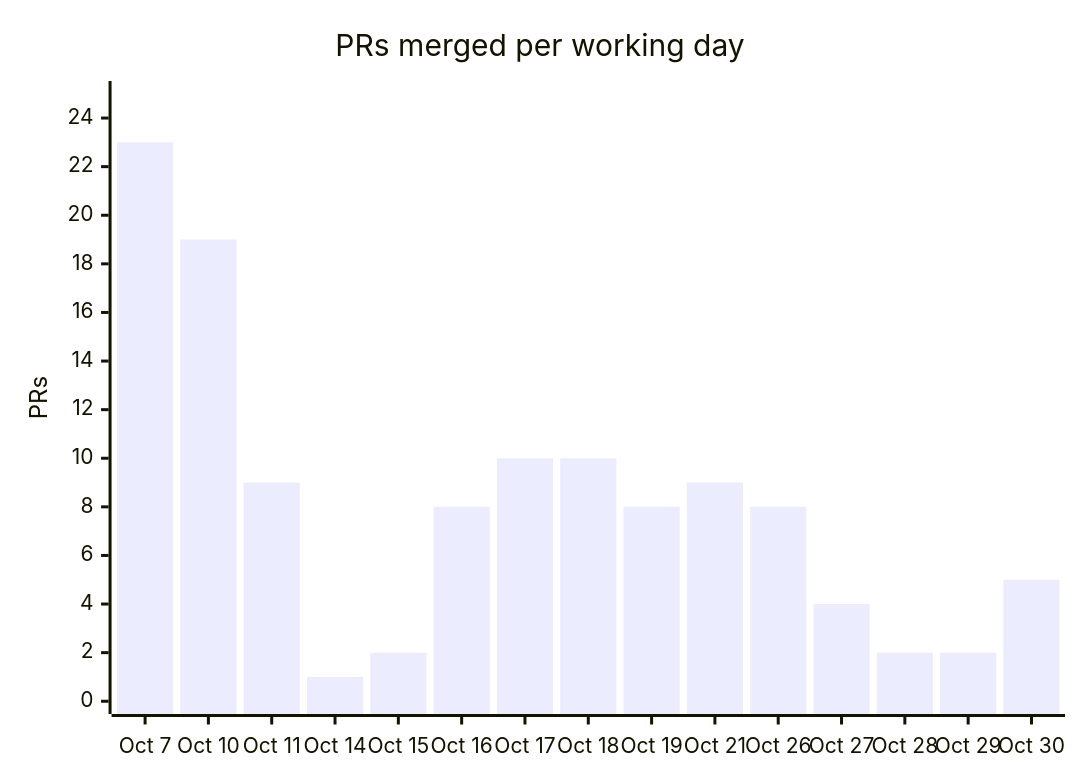
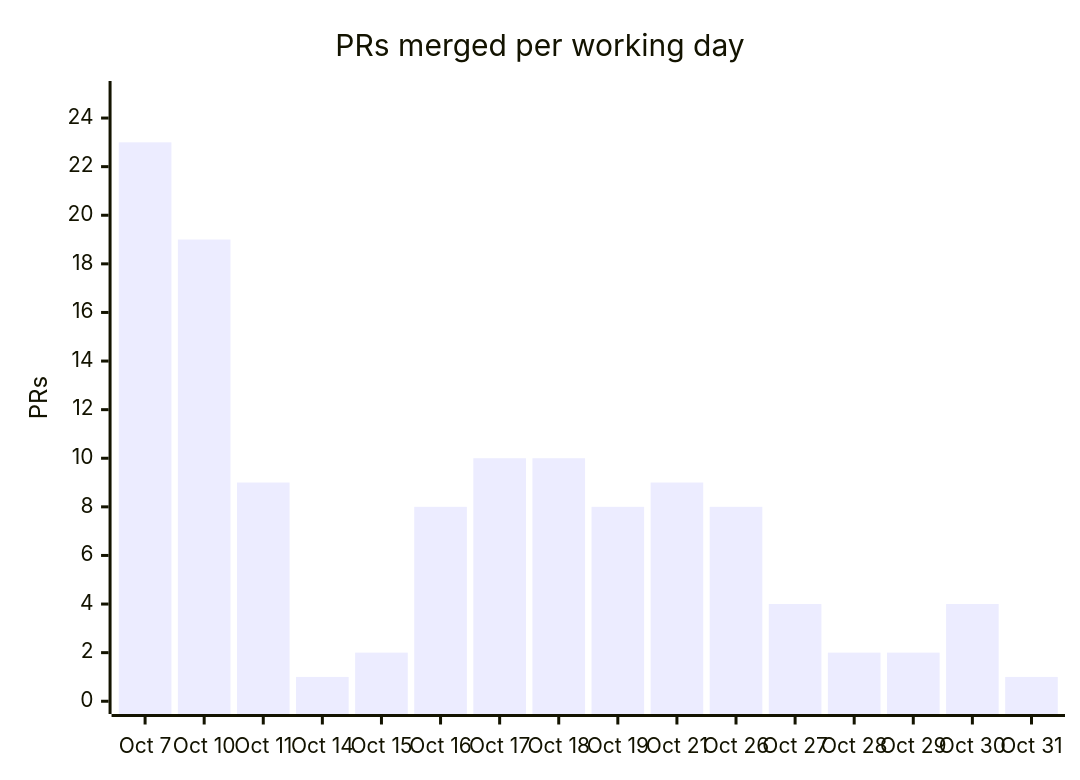
Before and after one commit to cmprssd/swjkja: the fourth of 7 diagrams in docs/OVERVIEW.md, drawn with Mermaid. The commit also changed other lines of this file and 9 other files, not shown here.

````diff
--- a/docs/OVERVIEW.md
+++ b/docs/OVERVIEW.md
@@ -166,7 +166,7 @@
 ```mermaid
 xychart-beta
     title "PRs merged per working day"
-    x-axis ["Oct 7", "Oct 10", "Oct 11", "Oct 14", "Oct 15", "Oct 16", "Oct 17", "Oct 18", "Oct 19", "Oct 21", "Oct 26", "Oct 27", "Oct 28", "Oct 29", "Oct 30"]
+    x-axis ["Oct 7", "Oct 10", "Oct 11", "Oct 14", "Oct 15", "Oct 16", "Oct 17", "Oct 18", "Oct 19", "Oct 21", "Oct 26", "Oct 27", "Oct 28", "Oct 29", "Oct 30", "Oct 31"]
     y-axis "PRs" 0 --> 25
-    bar [23, 19, 9, 1, 2, 8, 10, 10, 8, 9, 8, 4, 2, 2, 5]
+    bar [23, 19, 9, 1, 2, 8, 10, 10, 8, 9, 8, 4, 2, 2, 4, 1]
 ```
````
